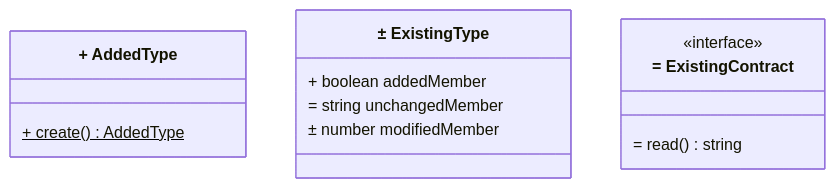
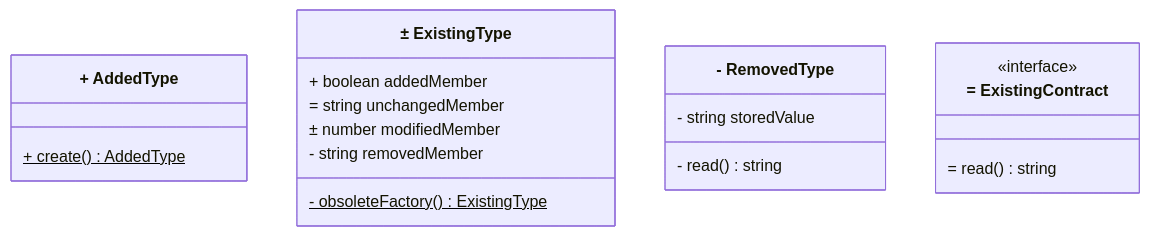
The diagram in docs/diagram-and-rendering-policy.md (dpolivaev/spec-loop), drawn with Mermaid before and after one commit. The commit also changed other lines of this file and 11 other files, not shown here.

````diff
--- a/docs/diagram-and-rendering-policy.md
+++ b/docs/diagram-and-rendering-policy.md
@@ -64,15 +44,21 @@
 ```mermaid
 classDiagram
     class AddedType["+ AddedType"] {
         + create() AddedType$
     }
     class ExistingType["± ExistingType"] {
         + boolean addedMember
         = string unchangedMember
         ± number modifiedMember
+        - string removedMember
+        - obsoleteFactory() ExistingType$
+    }
+    class RemovedType["- RemovedType"] {
+        - string storedValue
+        - read() string
     }
     class ExistingContract["= ExistingContract"] {
         <<interface>>
         = read() string
     }
 ```
````
